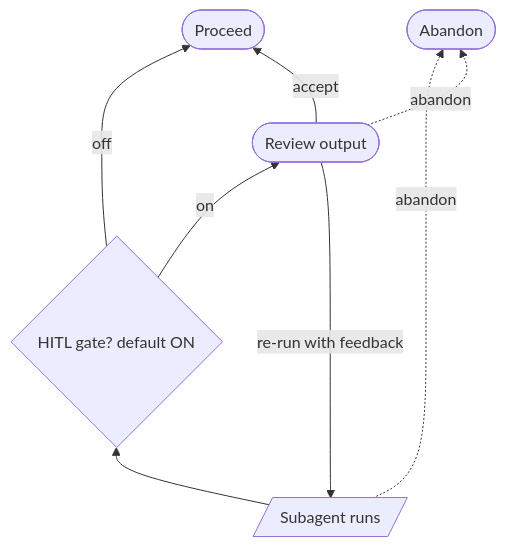
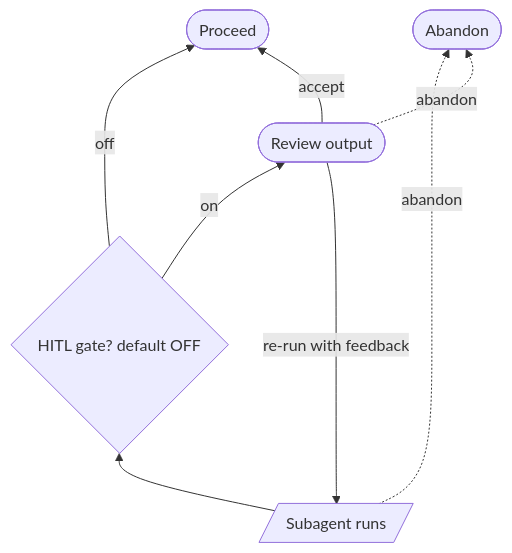
The second of 4 diagrams in docs/content/docs/using-eunomio/partitioning.mdx (James-Mart/eunomio), drawn with Mermaid before and after one commit. The commit also changed other lines of this file and 9 other files, not shown here.

Commit message:
fix shimmer in shavings/timeline

````diff
--- a/docs/content/docs/using-eunomio/partitioning.mdx
+++ b/docs/content/docs/using-eunomio/partitioning.mdx
@@ -27,10 +27,10 @@
 ```mermaid
 flowchart BT
-    Run[/Subagent runs/] --> Gate{HITL gate? default ON}
+    Run[/Subagent runs/] --> Gate{HITL gate? default OFF}
     Gate -- on --> Review([Review output])
     Gate -- off --> Next([Proceed])
     Review -- accept --> Next
     Review -- re-run with feedback --> Run
     Run -. abandon .-> Abandon([Abandon])
     Review -. abandon .-> Abandon
 ```
````
